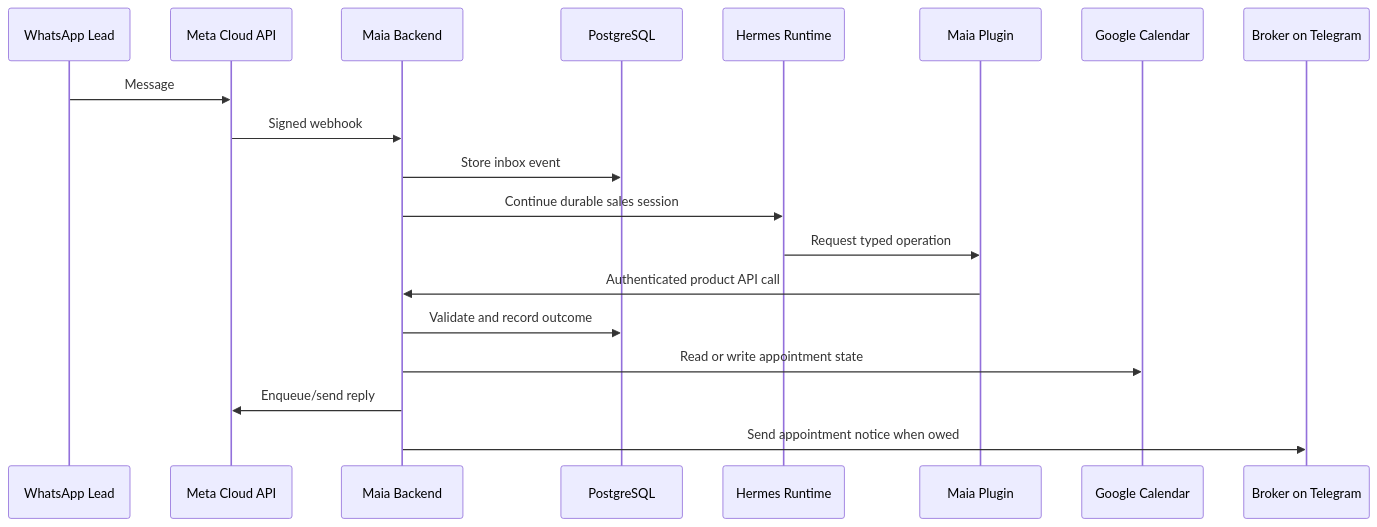
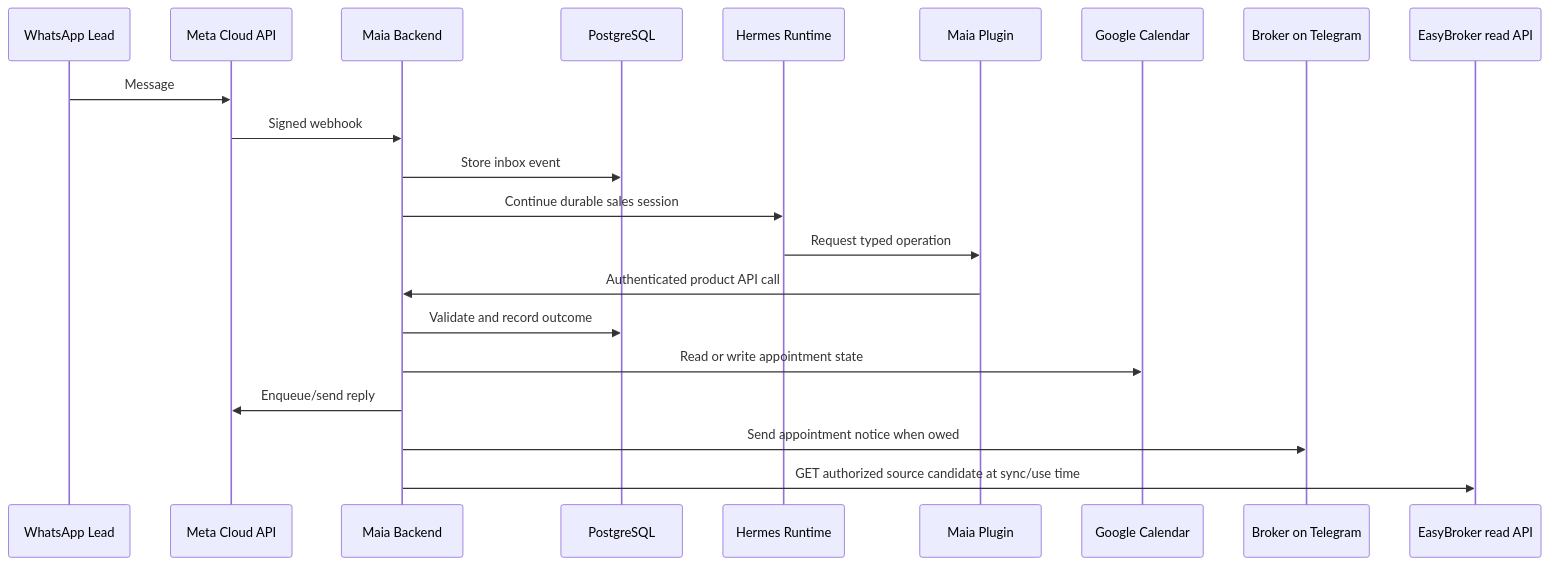
One commit to gmogmzGithub/maia-agent changed the diagram in docs/architecture.md. Above: the diagram before and after it, drawn with Mermaid. The commit also changed other lines of this file and 100 other files, not shown here.

````diff
--- a/docs/architecture.md
+++ b/docs/architecture.md
@@ -16,22 +16,24 @@
 ```mermaid
 sequenceDiagram
     participant Lead as WhatsApp Lead
     participant Meta as Meta Cloud API
     participant Backend as Maia Backend
     participant DB as PostgreSQL
     participant Hermes as Hermes Runtime
     participant Plugin as Maia Plugin
     participant Calendar as Google Calendar
     participant Telegram as Broker on Telegram
+    participant EasyBroker as EasyBroker read API
 
     Lead->>Meta: Message
     Meta->>Backend: Signed webhook
     Backend->>DB: Store inbox event
     Backend->>Hermes: Continue durable sales session
     Hermes->>Plugin: Request typed operation
     Plugin->>Backend: Authenticated product API call
     Backend->>DB: Validate and record outcome
     Backend->>Calendar: Read or write appointment state
     Backend->>Meta: Enqueue/send reply
     Backend->>Telegram: Send appointment notice when owed
+    Backend->>EasyBroker: GET authorized source candidate at sync/use time
 ```
````
